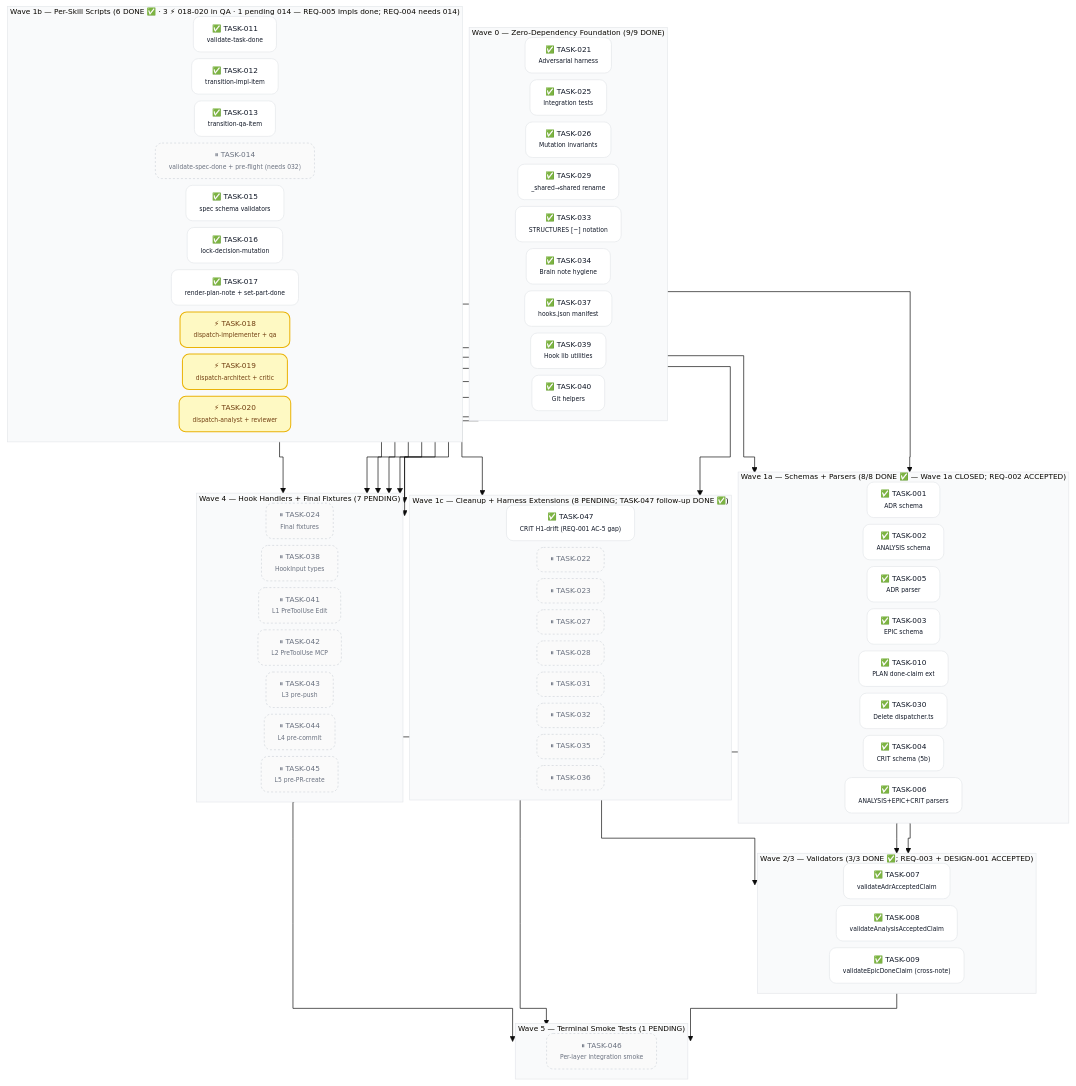
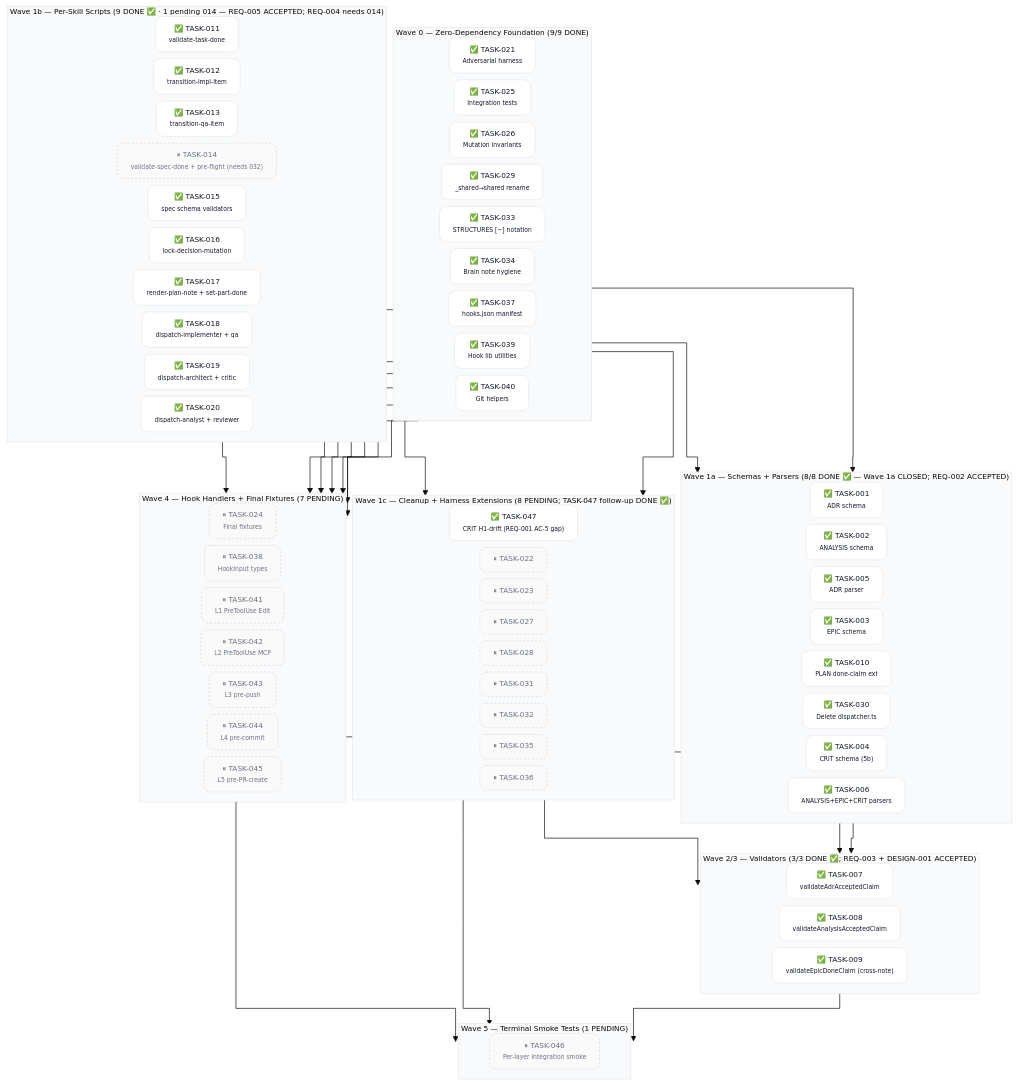
Before and after one commit to acmelabs-15/skills: the second of 2 diagrams in docs/planning/PLAN-001-skills-ecosystem.md, drawn with Mermaid. The commit also changed other lines of this file and 9 other files, not shown here.

First line of the commit message:
build(SPEC-008): Wave 1b-C CLOSED — TASK-018+019+020 QA PASS; REQ-005 ACCEPTED; 30/47 (Event 96)

````diff
--- a/docs/planning/PLAN-001-skills-ecosystem.md
+++ b/docs/planning/PLAN-001-skills-ecosystem.md
@@ -181,7 +181,7 @@
     T006["✅ TASK-006<br/><span style='font-size:9px'>ANALYSIS+EPIC+CRIT parsers</span>"]
   end
 
-  subgraph W1b ["Wave 1b — Per-Skill Scripts (6 DONE ✅ · 3 ⚡ 018-020 in QA · 1 pending 014 — REQ-005 impls done; REQ-004 needs 014)"]
+  subgraph W1b ["Wave 1b — Per-Skill Scripts (9 DONE ✅ · 1 pending 014 — REQ-005 ACCEPTED; REQ-004 needs 014)"]
     direction LR
     T011["✅ TASK-011<br/><span style='font-size:9px'>validate-task-done</span>"]
     T012["✅ TASK-012<br/><span style='font-size:9px'>transition-impl-item</span>"]
@@ -190,9 +190,9 @@
     T015["✅ TASK-015<br/><span style='font-size:9px'>spec schema validators</span>"]
     T016["✅ TASK-016<br/><span style='font-size:9px'>lock-decision-mutation</span>"]
     T017["✅ TASK-017<br/><span style='font-size:9px'>render-plan-note + set-part-done</span>"]
-    T018["⚡ TASK-018<br/><span style='font-size:9px'>dispatch-implementer + qa</span>"]
-    T019["⚡ TASK-019<br/><span style='font-size:9px'>dispatch-architect + critic</span>"]
-    T020["⚡ TASK-020<br/><span style='font-size:9px'>dispatch-analyst + reviewer</span>"]
+    T018["✅ TASK-018<br/><span style='font-size:9px'>dispatch-implementer + qa</span>"]
+    T019["✅ TASK-019<br/><span style='font-size:9px'>dispatch-architect + critic</span>"]
+    T020["✅ TASK-020<br/><span style='font-size:9px'>dispatch-analyst + reviewer</span>"]
   end
 
   subgraph W1c ["Wave 1c — Cleanup + Harness Extensions (8 PENDING; TASK-047 follow-up DONE ✅)"]
@@ -254,7 +254,6 @@
   T045 --> T046
 
   class T001,T002,T003,T004,T005,T006,T010,T021,T025,T026,T029,T030,T033,T034,T037,T039,T040 done
-  class T007,T008,T009,T047,T011,T012,T013,T015,T016,T017 done
-  class T018,T019,T020 inprogress
+  class T007,T008,T009,T047,T011,T012,T013,T015,T016,T017,T018,T019,T020 done
   class T014,T022,T023,T024,T027,T028,T031,T032,T035,T036,T038,T041,T042,T043,T044,T045,T046 pending
 ```
````
